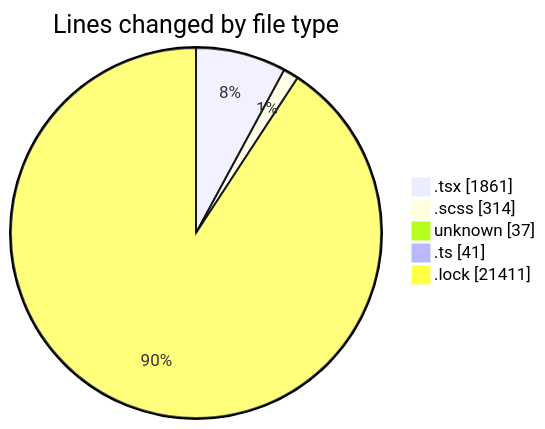
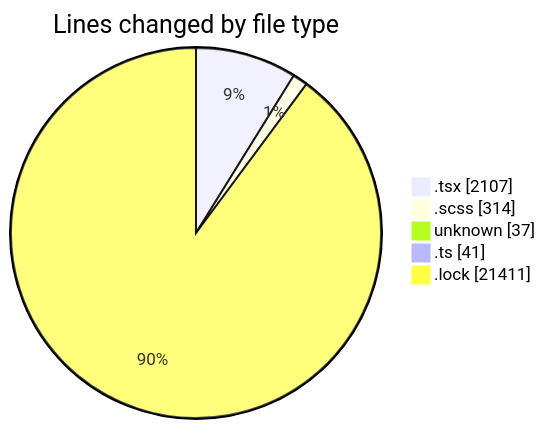
Before and after one commit to momahboobian/code-tracking: the first of 2 diagrams in 2025-09-16/cda/README.md, drawn with Mermaid. The commit also changed other lines of this file and 1 other file, not shown here.

````diff
--- a/2025-09-16/cda/README.md
+++ b/2025-09-16/cda/README.md
@@ -31,9 +31,9 @@
 ```mermaid
 pie showData
 title Lines changed by file type
-".tsx" : 1861
+".tsx" : 2107
 ".scss" : 314
 "unknown" : 37
 ".ts" : 41
 ".lock" : 21411
 ```
````
